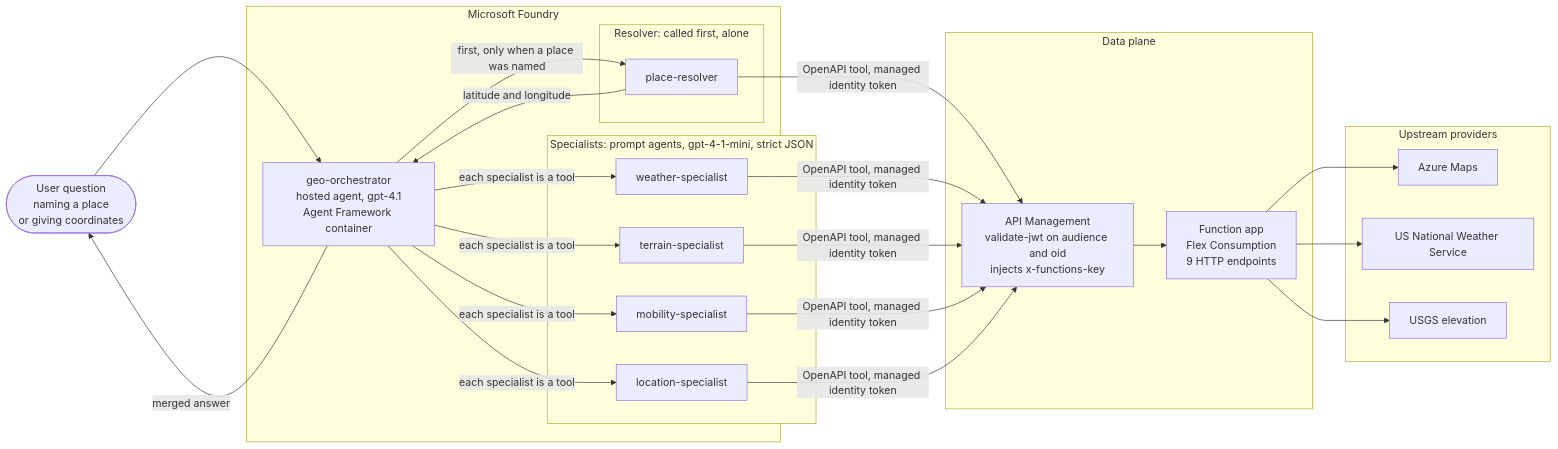
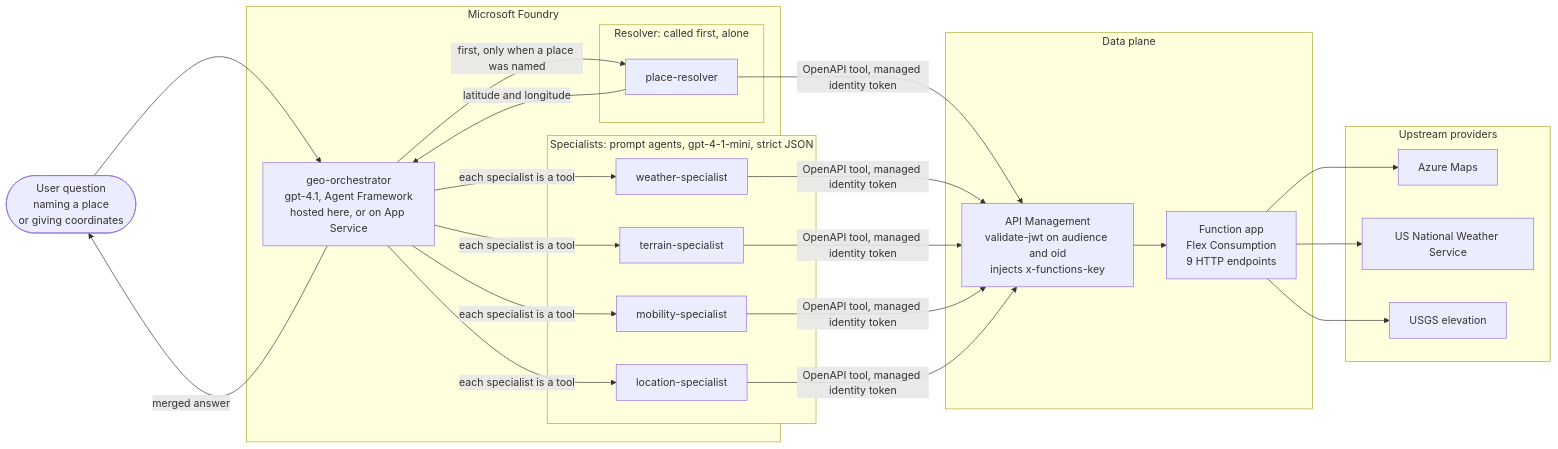
Before and after one commit to TK11703/geo-location-agents: the first of 3 diagrams in README.md, drawn with Mermaid. The commit also changed other lines of this file and 15 other files, not shown here.

````diff
--- a/README.md
+++ b/README.md
@@ -24,39 +24,39 @@
 ```mermaid
 flowchart LR
     User(["User question<br/>naming a place<br/>or giving coordinates"])
 
     subgraph Foundry["Microsoft Foundry"]
-        Orch["geo-orchestrator<br/>hosted agent, gpt-4.1<br/>Agent Framework container"]
+        Orch["geo-orchestrator<br/>gpt-4.1, Agent Framework<br/>hosted here, or on App Service"]
 
         subgraph Res["Resolver: called first, alone"]
             P["place-resolver"]
         end
 
         subgraph Spec["Specialists: prompt agents, gpt-4-1-mini, strict JSON"]
             W["weather-specialist"]
             T["terrain-specialist"]
             M["mobility-specialist"]
             L["location-specialist"]
         end
     end
 
     subgraph Gate["Data plane"]
         APIM["API Management<br/>validate-jwt on audience and oid<br/>injects x-functions-key"]
         Fn["Function app<br/>Flex Consumption<br/>9 HTTP endpoints"]
     end
 
     subgraph Up["Upstream providers"]
         Maps["Azure Maps"]
         NWS["US National Weather Service"]
         USGS["USGS elevation"]
     end
 
     User --> Orch
     Orch -->|"first, only when a place was named"| P
     P -->|"latitude and longitude"| Orch
     Orch -->|"each specialist is a tool"| W & T & M & L
     P & W & T & M & L -->|"OpenAPI tool, managed identity token"| APIM
     APIM --> Fn
     Fn --> Maps & NWS & USGS
     Orch -->|"merged answer"| User
 ```
````
